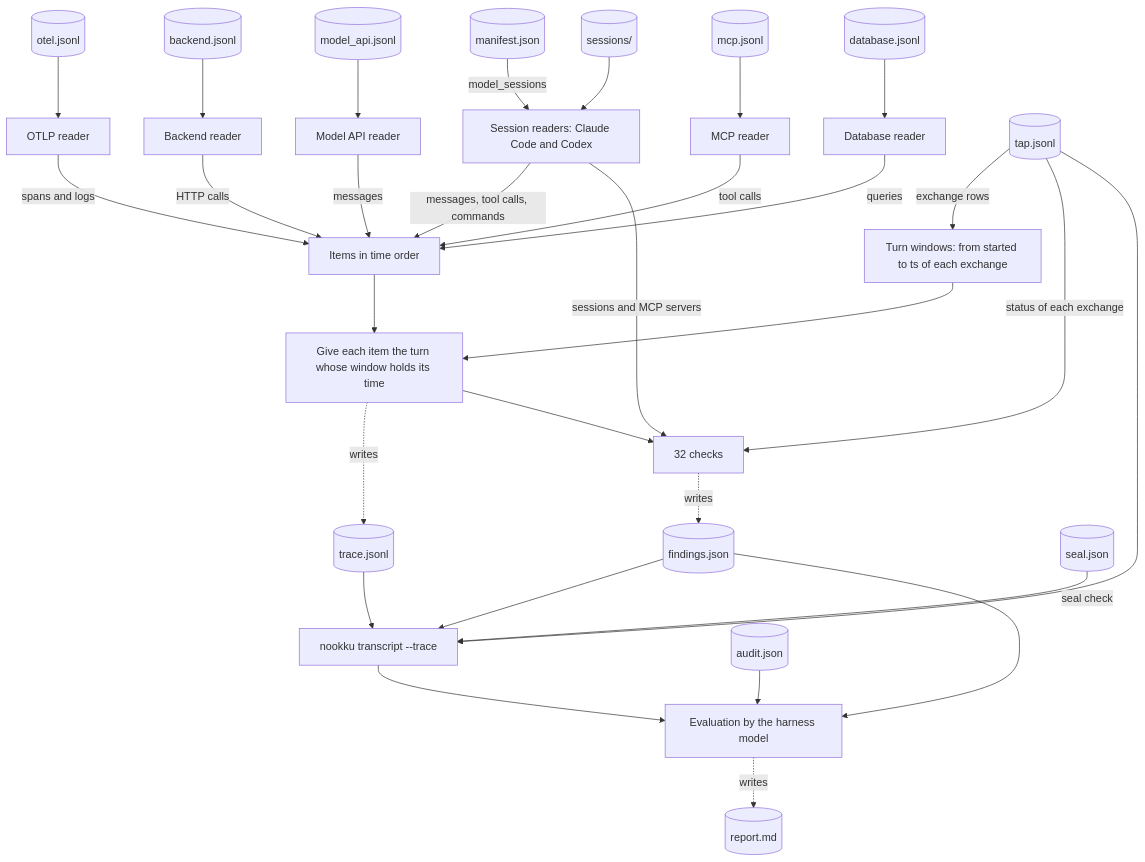
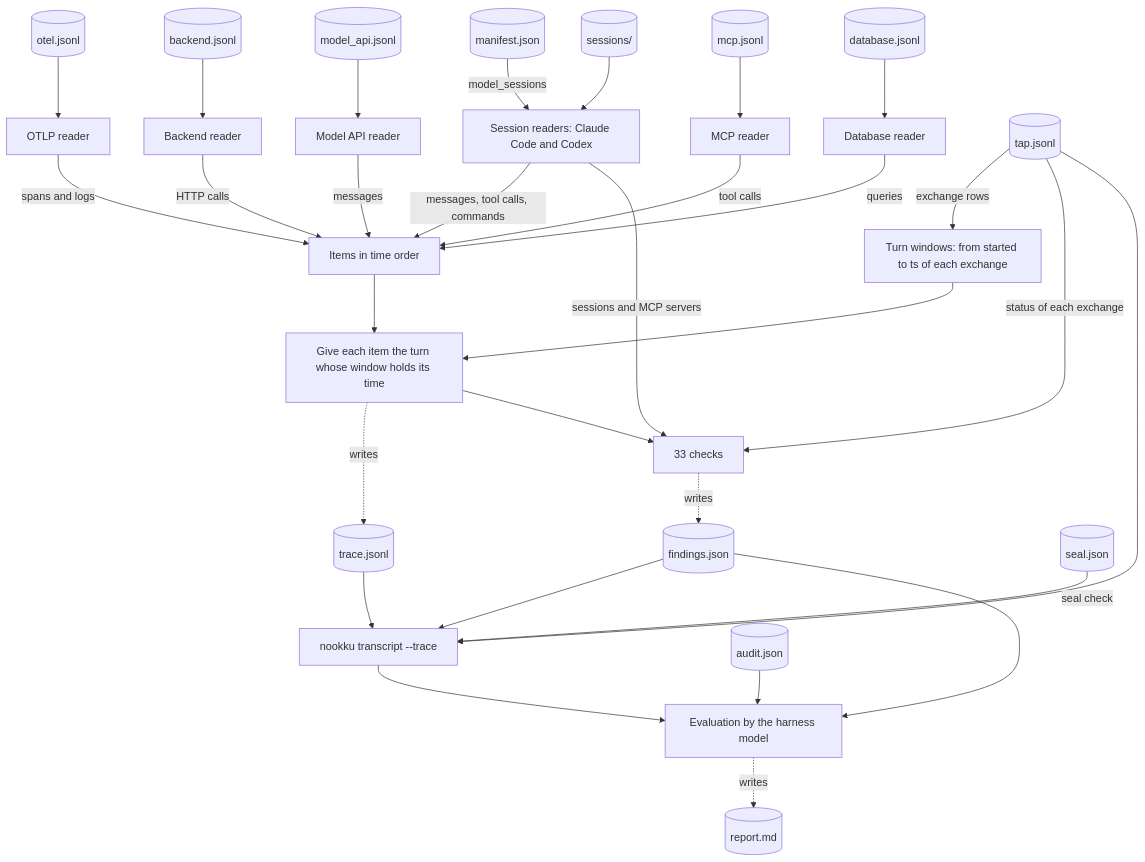
One commit to mohanraj00/nookku changed the fourth of 4 diagrams in docs/architecture.md. Above: the diagram before and after it, drawn with Mermaid. The commit also changed other lines of this file and 126 other files, not shown here.

````diff
--- a/docs/architecture.md
+++ b/docs/architecture.md
@@ -213,32 +213,32 @@
 ```mermaid
 flowchart TB
     manifestrec[(manifest.json)] -->|model_sessions| sreaders[Session readers: Claude Code and Codex]
     sessions[(sessions/)] --> sreaders
     otelrec[(otel.jsonl)] --> oreader[OTLP reader]
     backendrec[(backend.jsonl)] --> breader[Backend reader]
     modelrec[(model_api.jsonl)] --> mreader[Model API reader]
     mcprec[(mcp.jsonl)] --> mcpreader[MCP reader]
     dbrec[(database.jsonl)] --> dbreader[Database reader]
     sreaders -->|messages, tool calls, commands| items[Items in time order]
     oreader -->|spans and logs| items
     breader -->|HTTP calls| items
     mreader -->|messages| items
     mcpreader -->|tool calls| items
     dbreader -->|queries| items
     taprec[(tap.jsonl)] -->|exchange rows| windows[Turn windows: from started to ts of each exchange]
     items --> assign[Give each item the turn whose window holds its time]
     windows --> assign
     assign -.->|writes| tracerec[(trace.jsonl)]
-    assign --> checks[32 checks]
+    assign --> checks[33 checks]
     sreaders -->|sessions and MCP servers| checks
     taprec -->|status of each exchange| checks
     checks -.->|writes| findingsrec[(findings.json)]
     taprec --> transcript[nookku transcript --trace]
     tracerec --> transcript
     findingsrec --> transcript
     sealrec[(seal.json)] -->|seal check| transcript
     transcript --> eval[Evaluation by the harness model]
     findingsrec --> eval
     auditrec[(audit.json)] --> eval
     eval -.->|writes| report[(report.md)]
 ```
````
